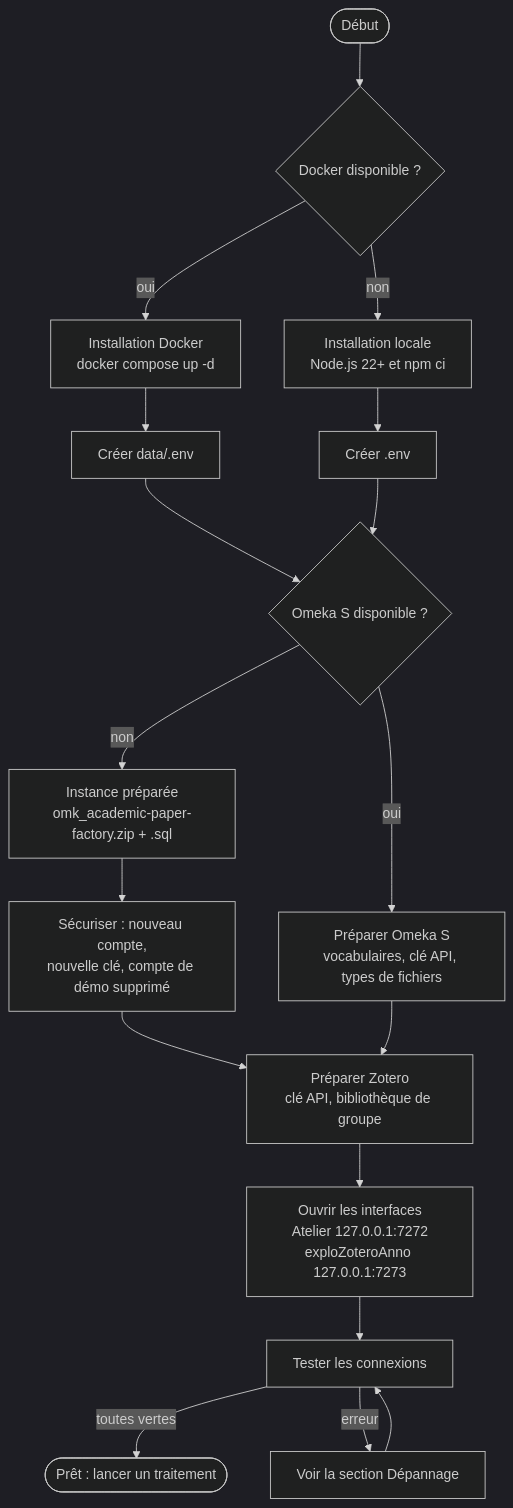
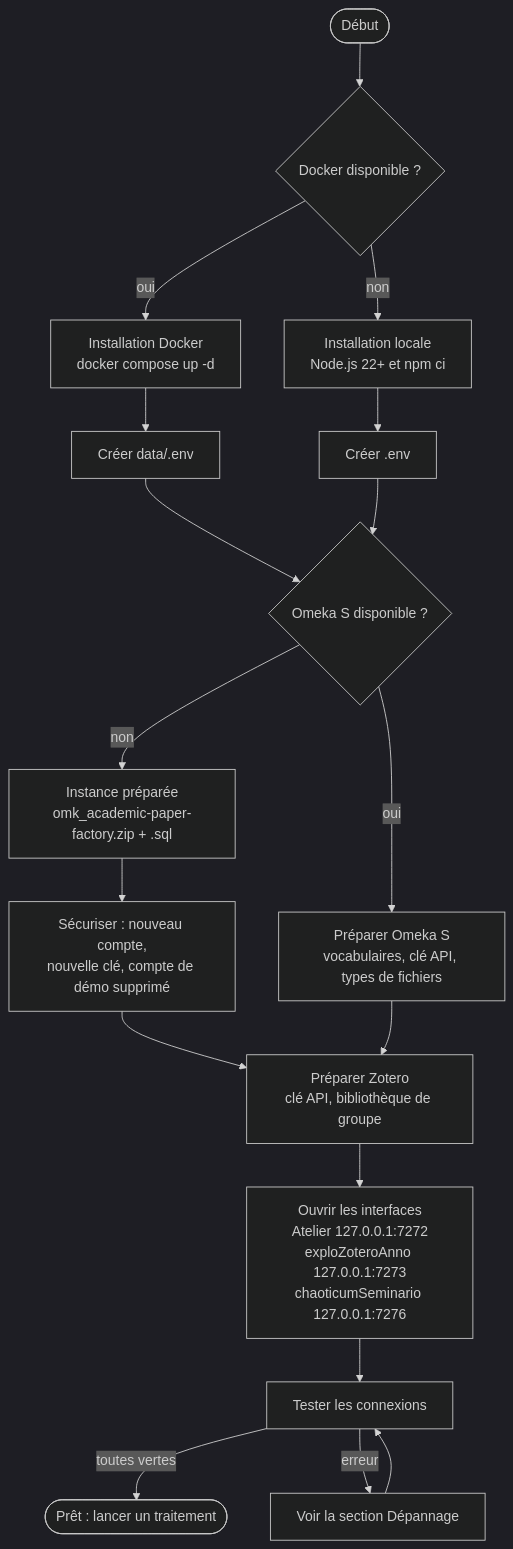
The first of 5 diagrams in docs/installation.md (samszo/ecosysteme-agents-recherche), drawn with Mermaid (dark theme) before and after one commit. The commit also changed other lines of this file and 47 other files, not shown here.

````diff
--- a/docs/installation.md
+++ b/docs/installation.md
@@ -5,20 +5,20 @@
 ```mermaid
 flowchart TD
     A([Début]) --> B{Docker disponible ?}
     B -- oui --> C[Installation Docker<br/>docker compose up -d]
     B -- non --> D[Installation locale<br/>Node.js 22+ et npm ci]
     C --> E[Créer data/.env]
     D --> F[Créer .env]
     E --> O{Omeka S disponible ?}
     F --> O
     O -- oui --> G[Préparer Omeka S<br/>vocabulaires, clé API, types de fichiers]
     O -- non --> P[Instance préparée<br/>omk_academic-paper-factory.zip + .sql]
     P --> S[Sécuriser : nouveau compte,<br/>nouvelle clé, compte de démo supprimé]
     S --> H
     G --> H[Préparer Zotero<br/>clé API, bibliothèque de groupe]
-    H --> I[Ouvrir les interfaces<br/>Atelier 127.0.0.1:7272<br/>exploZoteroAnno 127.0.0.1:7273]
+    H --> I[Ouvrir les interfaces<br/>Atelier 127.0.0.1:7272<br/>exploZoteroAnno 127.0.0.1:7273<br/>chaoticumSeminario 127.0.0.1:7276]
     I --> J[Tester les connexions]
     J -- toutes vertes --> K([Prêt : lancer un traitement])
     J -- erreur --> L[Voir la section Dépannage]
     L --> J
 ```
````
